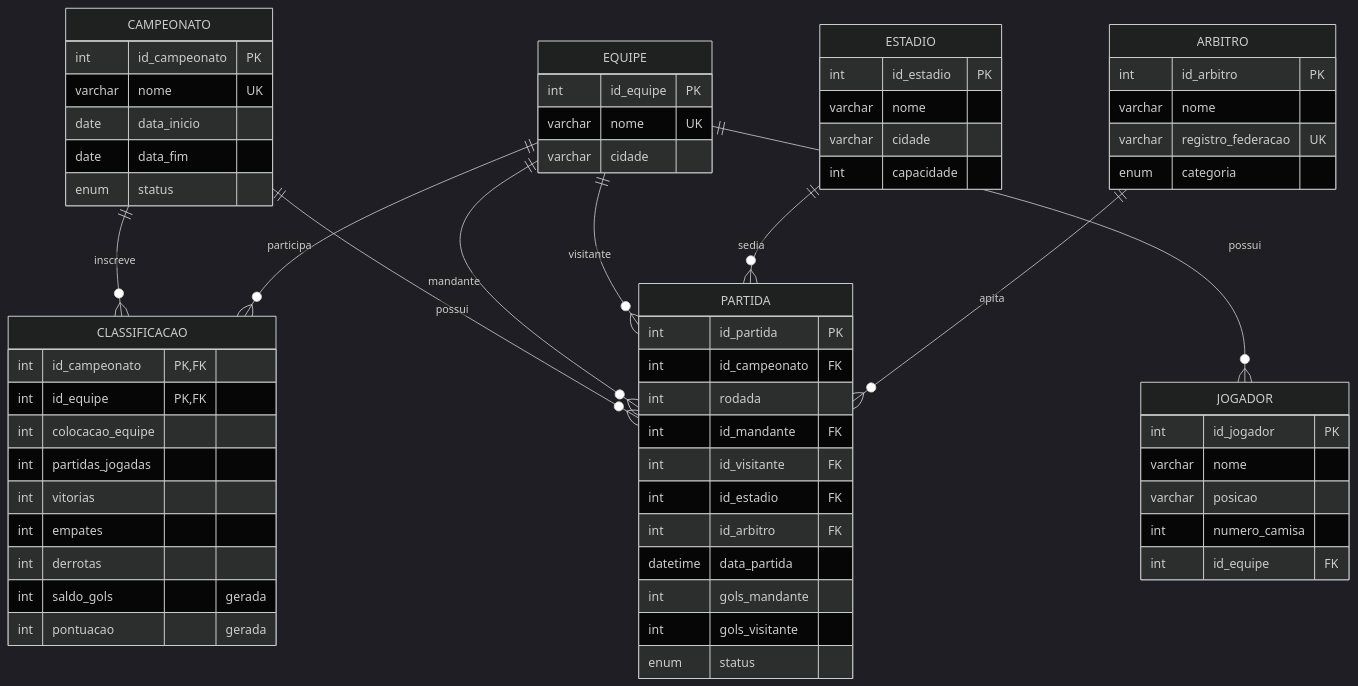
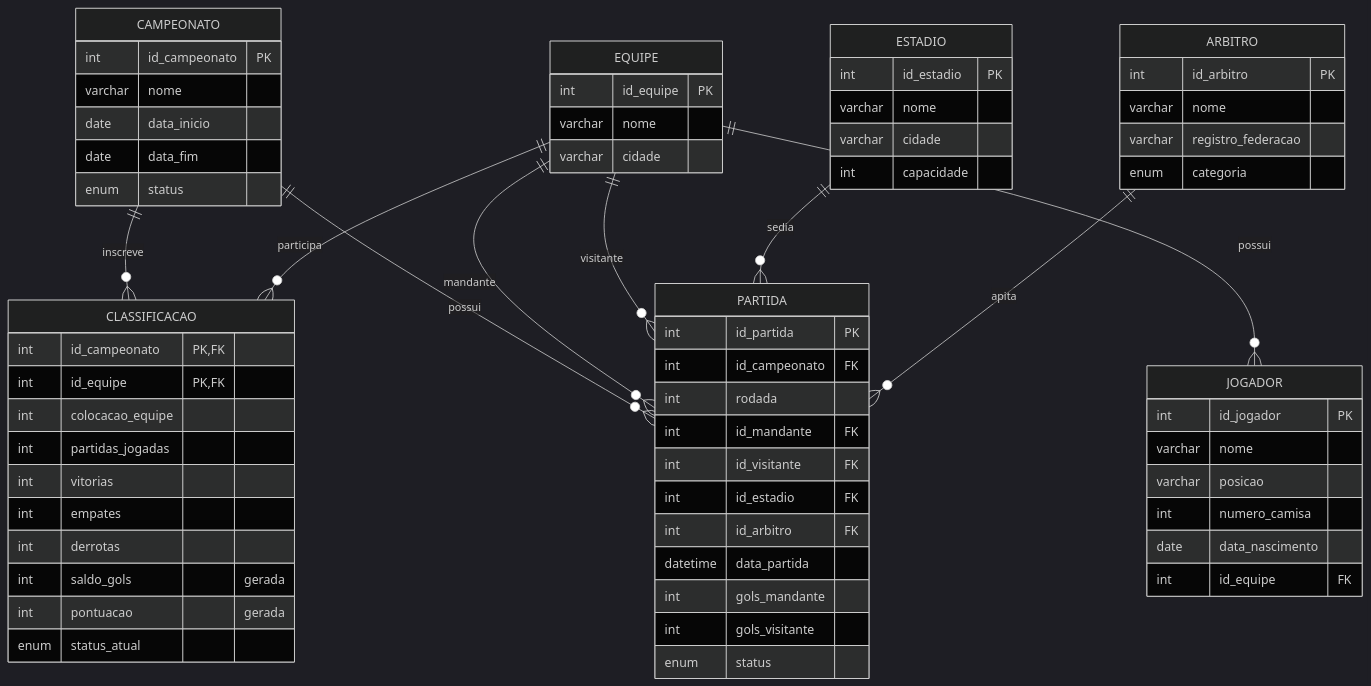
Before and after one commit to Matheus-Souza-Silva/POO-Trabalho-Final: the second of 3 diagrams in README.md, drawn with Mermaid (dark theme). The commit also changed other lines of this file and 20 other files, not shown here.

````diff
--- a/README.md
+++ b/README.md
@@ -111,67 +163,69 @@
 ```mermaid
 erDiagram
     CAMPEONATO ||--o{ CLASSIFICACAO : "inscreve"
     EQUIPE     ||--o{ CLASSIFICACAO : "participa"
     CAMPEONATO ||--o{ PARTIDA : "possui"
     EQUIPE     ||--o{ PARTIDA : "mandante"
     EQUIPE     ||--o{ PARTIDA : "visitante"
     ESTADIO    ||--o{ PARTIDA : "sedia"
     ARBITRO    ||--o{ PARTIDA : "apita"
     EQUIPE     ||--o{ JOGADOR : "possui"
 
     CAMPEONATO {
         int id_campeonato PK
-        varchar nome UK
+        varchar nome
         date data_inicio
         date data_fim
         enum status
     }
     EQUIPE {
         int id_equipe PK
-        varchar nome UK
+        varchar nome
         varchar cidade
     }
     ESTADIO {
         int id_estadio PK
         varchar nome
         varchar cidade
         int capacidade
     }
     ARBITRO {
         int id_arbitro PK
         varchar nome
-        varchar registro_federacao UK
+        varchar registro_federacao
         enum categoria
     }
     JOGADOR {
         int id_jogador PK
         varchar nome
         varchar posicao
         int numero_camisa
+        date data_nascimento
         int id_equipe FK
     }
     CLASSIFICACAO {
         int id_campeonato PK, FK
         int id_equipe PK, FK
         int colocacao_equipe
         int partidas_jogadas
         int vitorias
         int empates
         int derrotas
         int saldo_gols "gerada"
         int pontuacao "gerada"
+        enum status_atual
     }
     PARTIDA {
         int id_partida PK
         int id_campeonato FK
         int rodada
         int id_mandante FK
         int id_visitante FK
         int id_estadio FK
         int id_arbitro FK
         datetime data_partida
         int gols_mandante
         int gols_visitante
         enum status
     }
 ```
````
